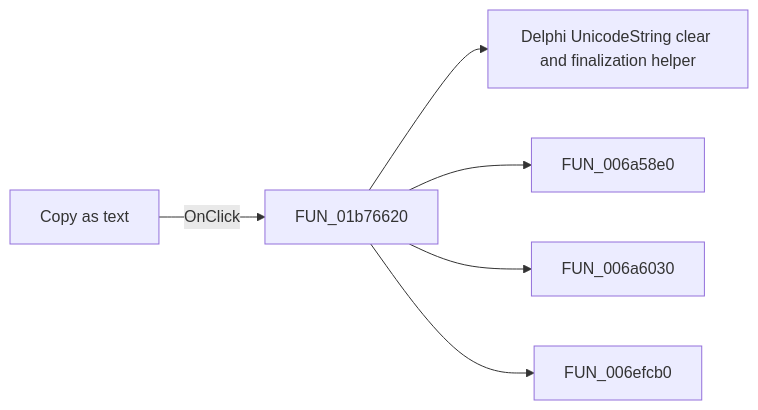
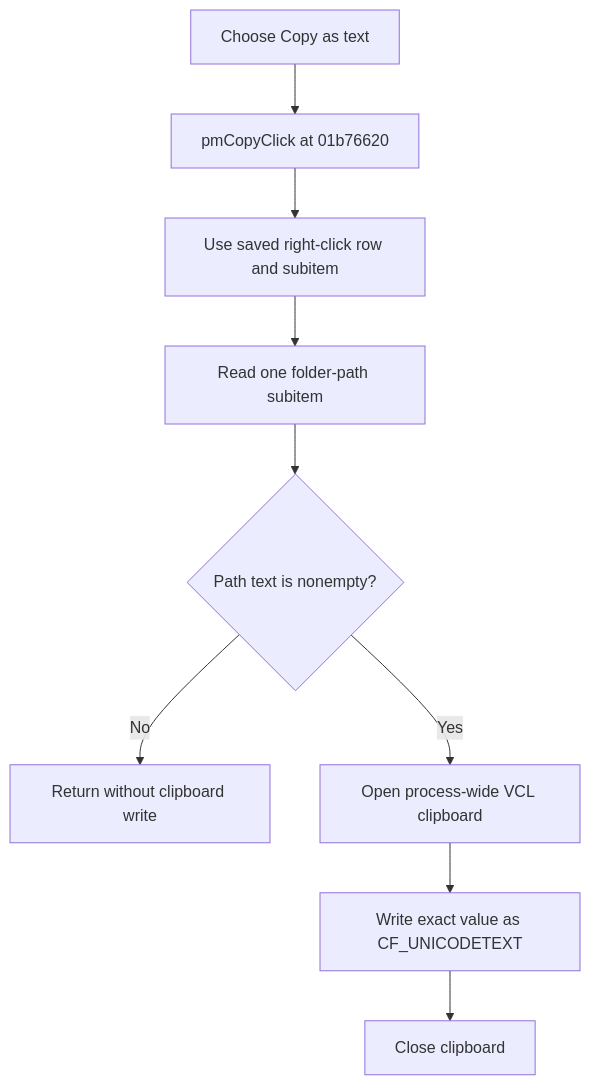
Before and after one commit to MovGP0/TIARA: the diagram in docs/ui-controls/frmlistenvvars/pmcopy-143209bb86.md, drawn with Mermaid. The commit also changed other lines of this file and 387 other files, not shown here.

````diff
--- a/docs/ui-controls/frmlistenvvars/pmcopy-143209bb86.md
+++ b/docs/ui-controls/frmlistenvvars/pmcopy-143209bb86.md
@@ -27,8 +40,11 @@
 ```mermaid
-flowchart LR
-    control["Copy as text"] -->|OnClick| handler["FUN_01b76620"]
-    handler --> call1["Delphi UnicodeString clear and finalization helper"]
-    handler --> call2["FUN_006a58e0"]
-    handler --> call3["FUN_006a6030"]
-    handler --> call4["FUN_006efcb0"]
+flowchart TD
+    menu["Choose Copy as text"] --> handler["pmCopyClick at 01b76620"]
+    handler --> hit["Use saved right-click row and subitem"]
+    hit --> read["Read one folder-path subitem"]
+    read --> hasText{"Path text is nonempty?"}
+    hasText -->|No| noOp["Return without clipboard write"]
+    hasText -->|Yes| open["Open process-wide VCL clipboard"]
+    open --> write["Write exact value as CF_UNICODETEXT"]
+    write --> close["Close clipboard"]
 ```
````
